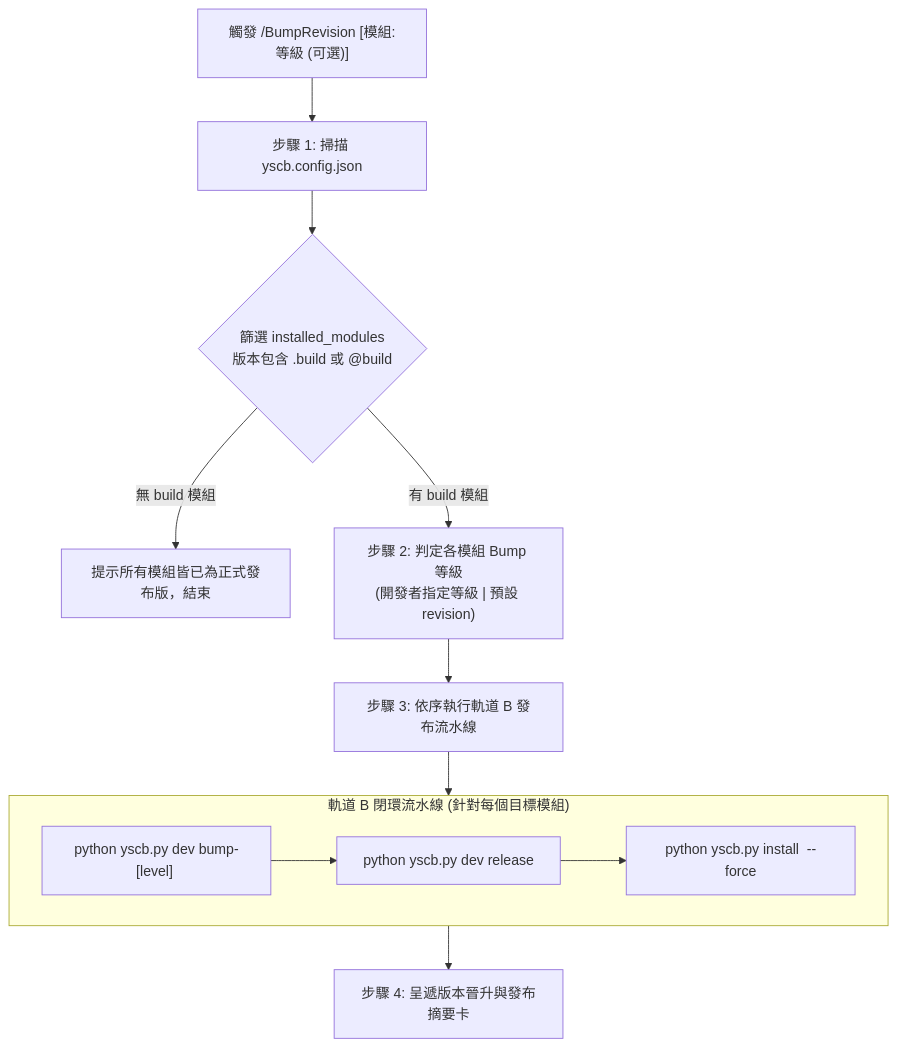
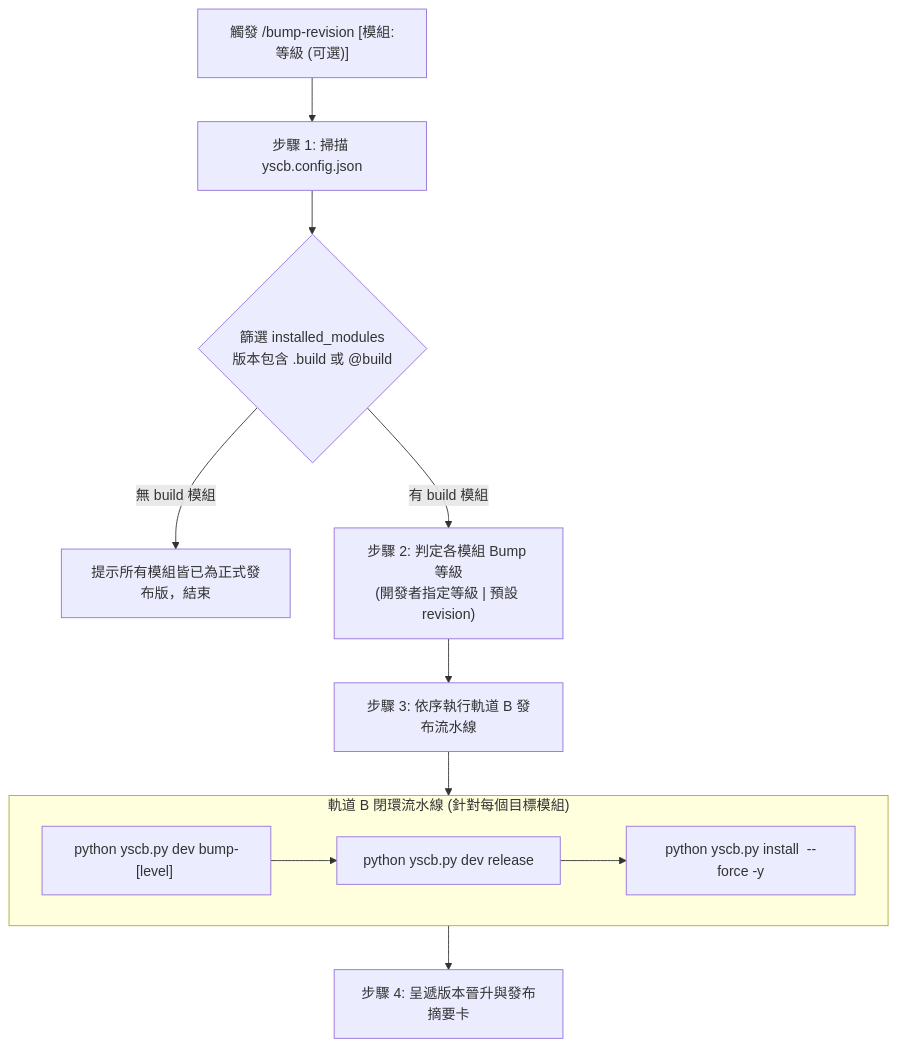
The diagram in ys_codebase/config/agents-workflow/skills/bump-revision/SKILL.md (ysnaive/ys-codebase), drawn with Mermaid before and after one commit. The commit also changed other lines of this file and 253 other files, not shown here.

````diff
--- a/ys_codebase/config/agents-workflow/skills/bump-revision/SKILL.md
+++ b/ys_codebase/config/agents-workflow/skills/bump-revision/SKILL.md
@@ -29,14 +37,14 @@
 ```mermaid
 flowchart TD
-    Start["觸發 /BumpRevision [模組:等級 (可選)]"] --> Scan["步驟 1: 掃描 yscb.config.json"]
+    Start["觸發 /bump-revision [模組:等級 (可選)]"] --> Scan["步驟 1: 掃描 yscb.config.json"]
     Scan --> Filter{"篩選 installed_modules\n版本包含 .build 或 @build"}
     Filter -- 無 build 模組 --> NoOp["提示所有模組皆已為正式發布版，結束"]
     Filter -- 有 build 模組 --> Decide["步驟 2: 判定各模組 Bump 等級\n(開發者指定等級 | 預設 revision)"]
     Decide --> Pipeline["步驟 3: 依序執行軌道 B 發布流水線"]
     subgraph TrackB ["軌道 B 閉環流水線 (針對每個目標模組)"]
         B1["python yscb.py dev bump-[level] <mod>"] --> B2["python yscb.py dev release <mod>"]
-        B2 --> B3["python yscb.py install <mod> --force"]
+        B2 --> B3["python yscb.py install <mod> --force -y"]
     end
     Pipeline --> TrackB
     TrackB --> Report["步驟 4: 呈遞版本晉升與發布摘要卡"]
 ```
````
